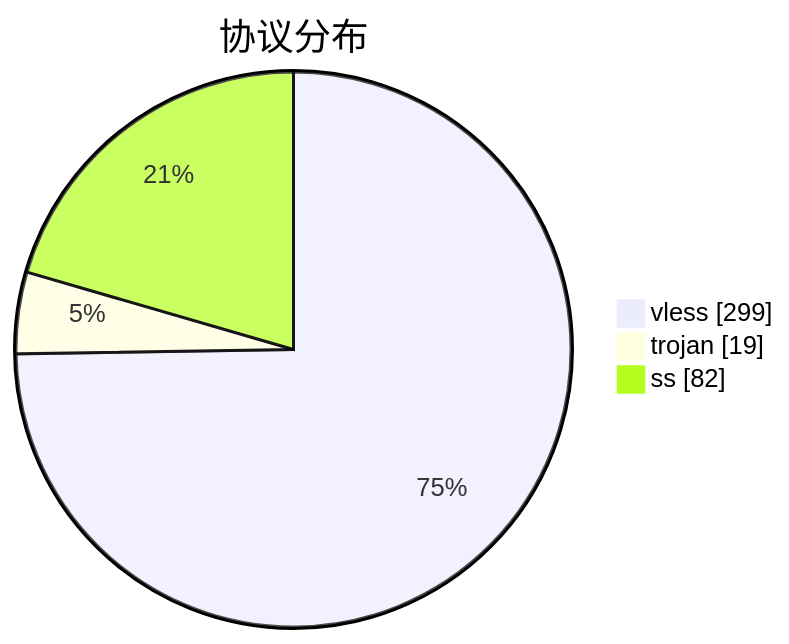
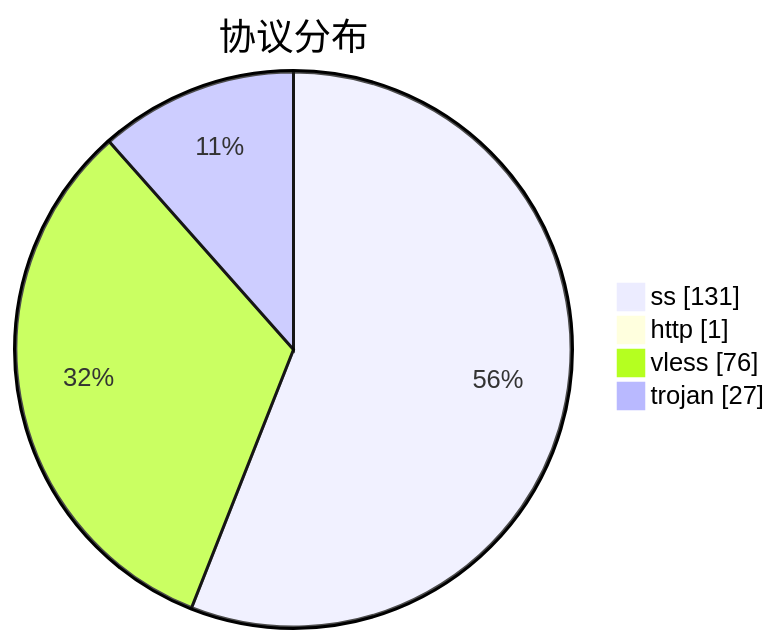
One commit to qjlxg/airport changed the third of 3 diagrams in subs/statistics/tested_within.md. Above: the diagram before and after it, drawn with Mermaid. The commit also changed other lines of this file and 2 other files, not shown here.

````diff
--- a/subs/statistics/tested_within.md
+++ b/subs/statistics/tested_within.md
@@ -20,7 +17,8 @@
 ```mermaid
 pie showData
 title 协议分布
-"vless" : 299
-"trojan" : 19
-"ss" : 82
+"ss" : 131
+"http" : 1
+"vless" : 76
+"trojan" : 27
 ```
````
